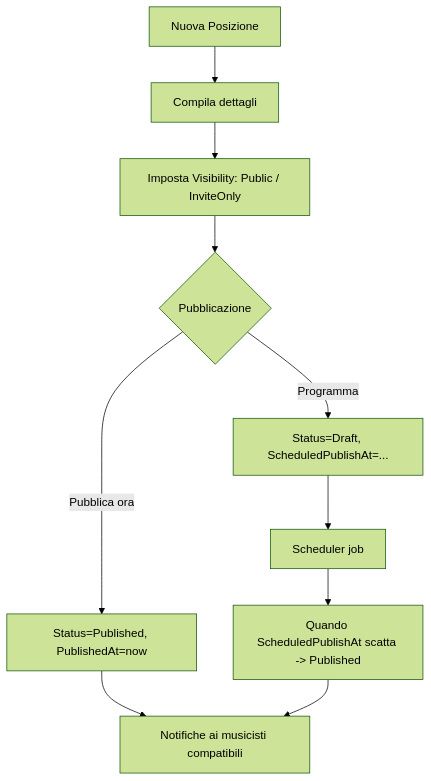
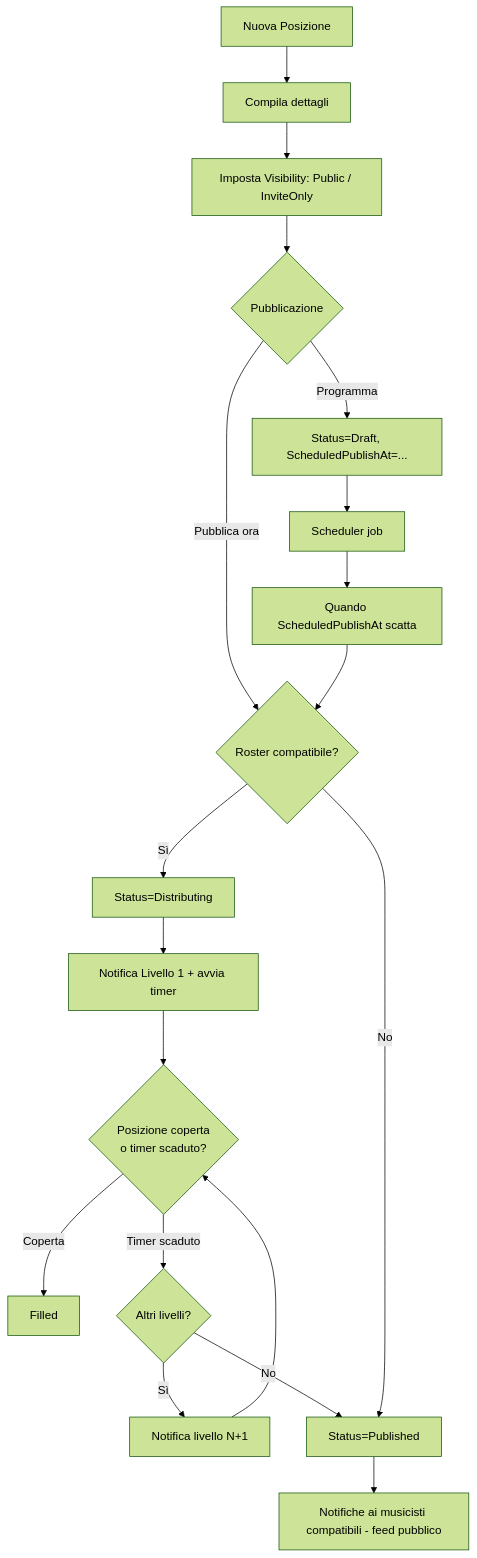
The second of 10 diagrams in deliverables.md (GiampaoloGabba/orchestra-match), drawn with Mermaid (forest theme) before and after one commit. The commit also changed other lines of this file and 2 other files, not shown here.

````diff
--- a/deliverables.md
+++ b/deliverables.md
@@ -1259,12 +1417,21 @@
 ```mermaid
 flowchart TD
   A[Nuova Posizione] --> B[Compila dettagli]
   B --> C[Imposta Visibility: Public / InviteOnly]
   C --> D{Pubblicazione}
-  D -- Pubblica ora --> E[Status=Published, PublishedAt=now]
+  D -- Pubblica ora --> E0{Roster compatibile?}
   D -- Programma --> F[Status=Draft, ScheduledPublishAt=...]
-  E --> G[Notifiche ai musicisti compatibili]
   F --> H[Scheduler job]
-  H --> I[Quando ScheduledPublishAt scatta -> Published]
-  I --> G
+  H --> I[Quando ScheduledPublishAt scatta]
+  I --> E0
+  E0 -- Sì --> DIST[Status=Distributing]
+  DIST --> T1[Notifica Livello 1 + avvia timer]
+  T1 --> T2{Posizione coperta\no timer scaduto?}
+  T2 -- Coperta --> FILL[Filled]
+  T2 -- Timer scaduto --> T3{Altri livelli?}
+  T3 -- Sì --> T4[Notifica livello N+1]
+  T4 --> T2
+  T3 -- No --> PUB[Status=Published]
+  E0 -- No --> PUB
+  PUB --> G[Notifiche ai musicisti compatibili - feed pubblico]
 ```
````
